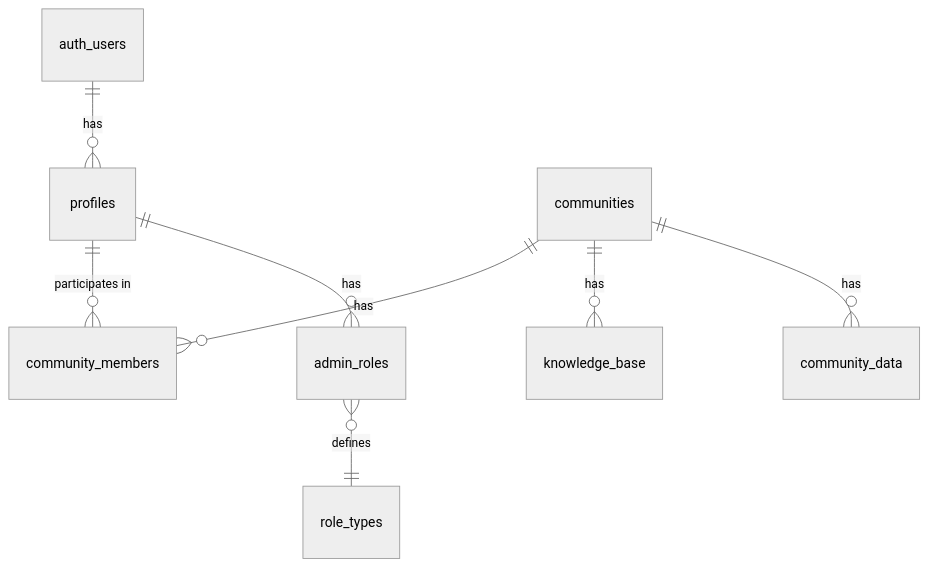
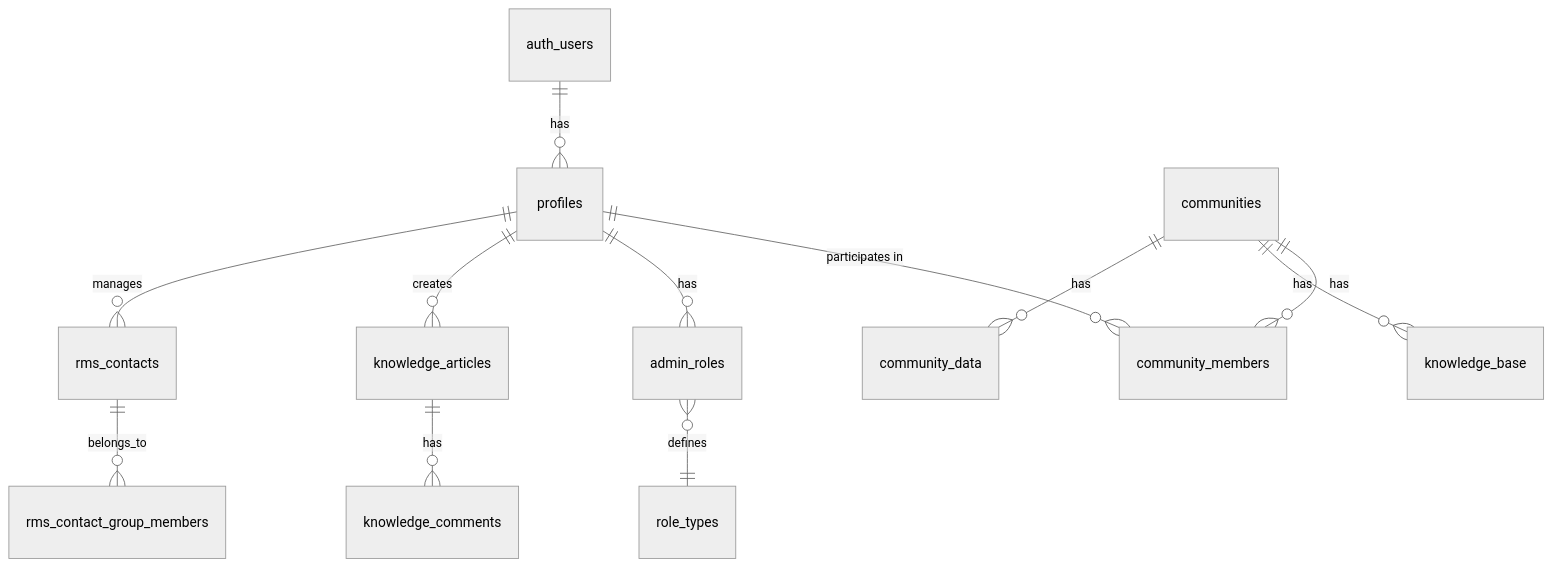
One commit to pollen8llc/pollen8-dcc changed the third of 3 diagrams in DOCUMENTATION.md. Above: the diagram before and after it, drawn with Mermaid (neutral theme). The commit also changed other lines of this file, not shown here.

First line of the commit message:
feat: Add knowledge base and rel8to documentation

````diff
--- a/DOCUMENTATION.md
+++ b/DOCUMENTATION.md
@@ -68,10 +466,14 @@
 ```mermaid
 erDiagram
     auth_users ||--o{ profiles : "has"
     profiles ||--o{ community_members : "participates in"
     communities ||--o{ community_members : "has"
     communities ||--o{ knowledge_base : "has"
     profiles ||--o{ admin_roles : "has"
     admin_roles }o--|| role_types : "defines"
     communities ||--o{ community_data : "has"
+    profiles ||--o{ knowledge_articles : "creates"
+    profiles ||--o{ rms_contacts : "manages"
+    knowledge_articles ||--o{ knowledge_comments : "has"
+    rms_contacts ||--o{ rms_contact_group_members : "belongs_to"
 ```
````
